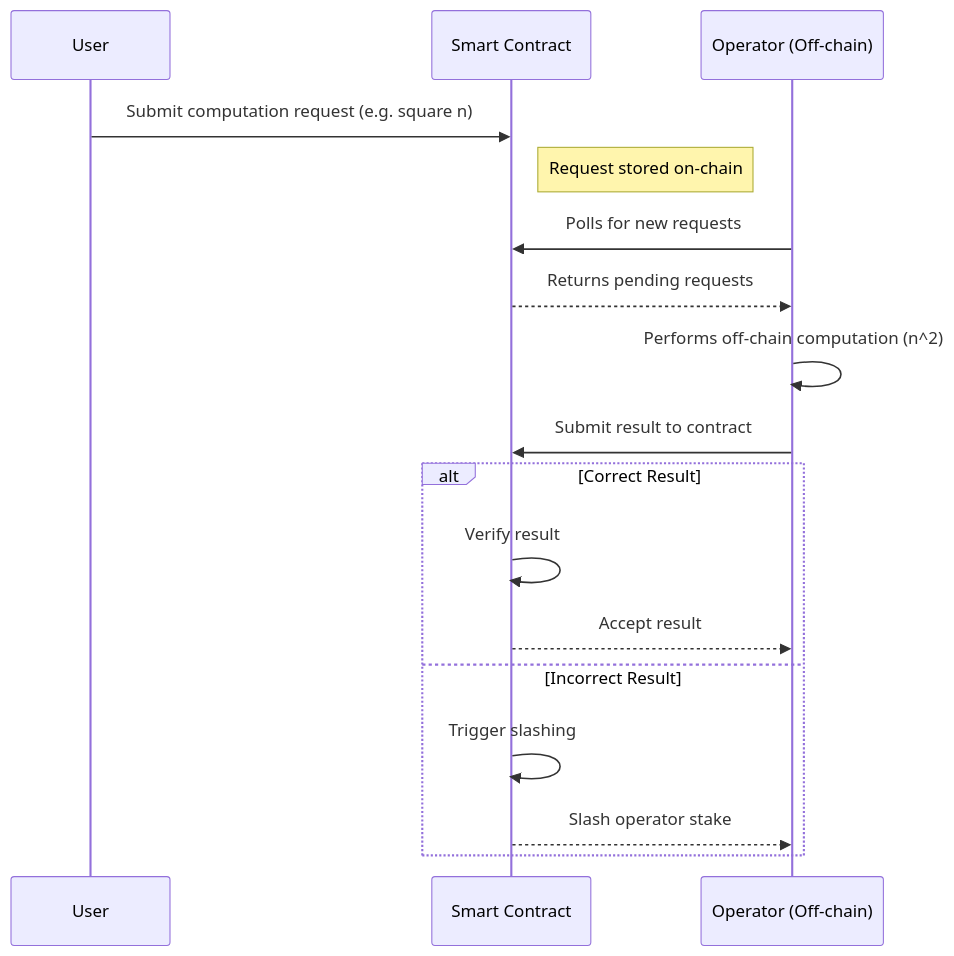
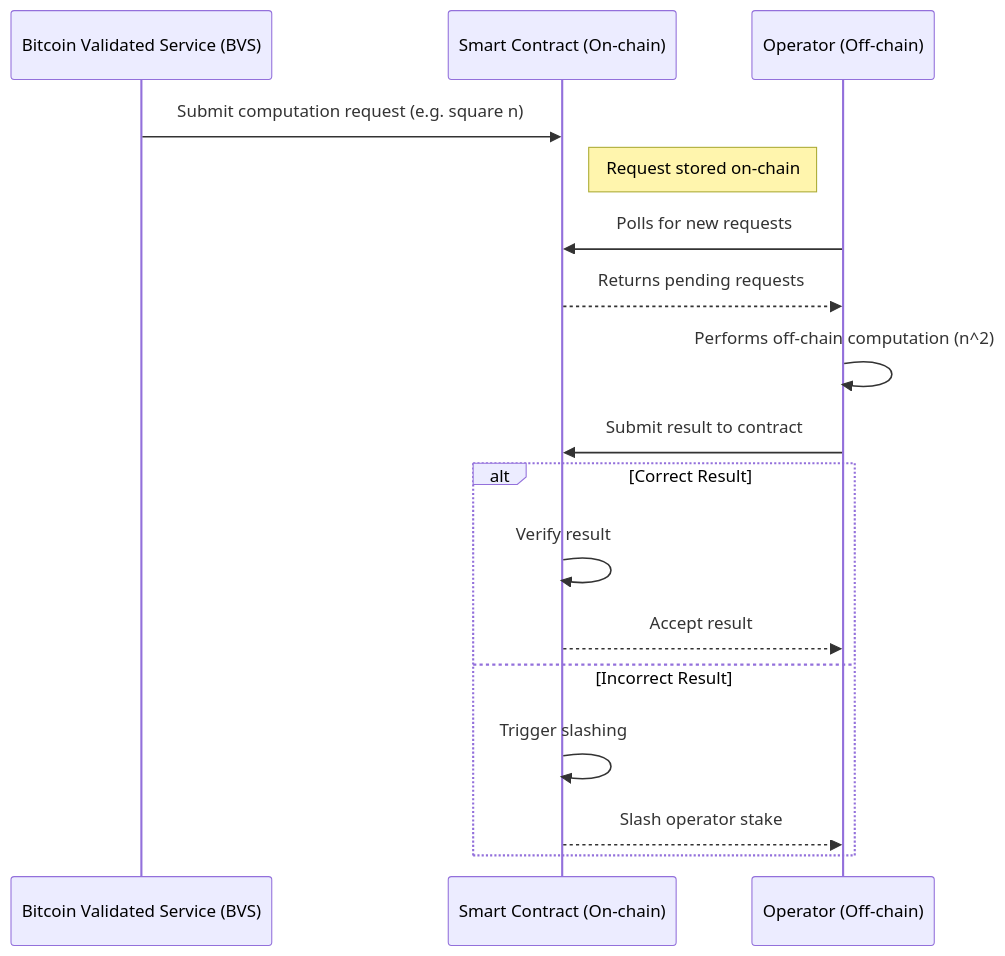
The diagram in examples/cw/squaring/README.mdx (satlayer/satlayer-bvs), drawn with Mermaid before and after one commit. The commit also changed other lines of this file and 2 other files, not shown here.

````diff
--- a/examples/cw/squaring/README.mdx
+++ b/examples/cw/squaring/README.mdx
@@ -82,23 +84,23 @@
 ```mermaid
 sequenceDiagram
-    participant U as User
-    participant C as Smart Contract
+    participant S as Bitcoin Validated Service (BVS)
+    participant C as Smart Contract (On-chain)
     participant O as Operator (Off-chain)
 
-    U->>C: Submit computation request (e.g. square n)
+    S->>C: Submit computation request (e.g. square n)
     Note right of C: Request stored on-chain
 
     O->>C: Polls for new requests
     C-->>O: Returns pending requests
 
     O->>O: Performs off-chain computation (n^2)
     O->>C: Submit result to contract
 
     alt Correct Result
         C->>C: Verify result
         C-->>O: Accept result
     else Incorrect Result
         C->>C: Trigger slashing
         C-->>O: Slash operator stake
     end
 ```
````
